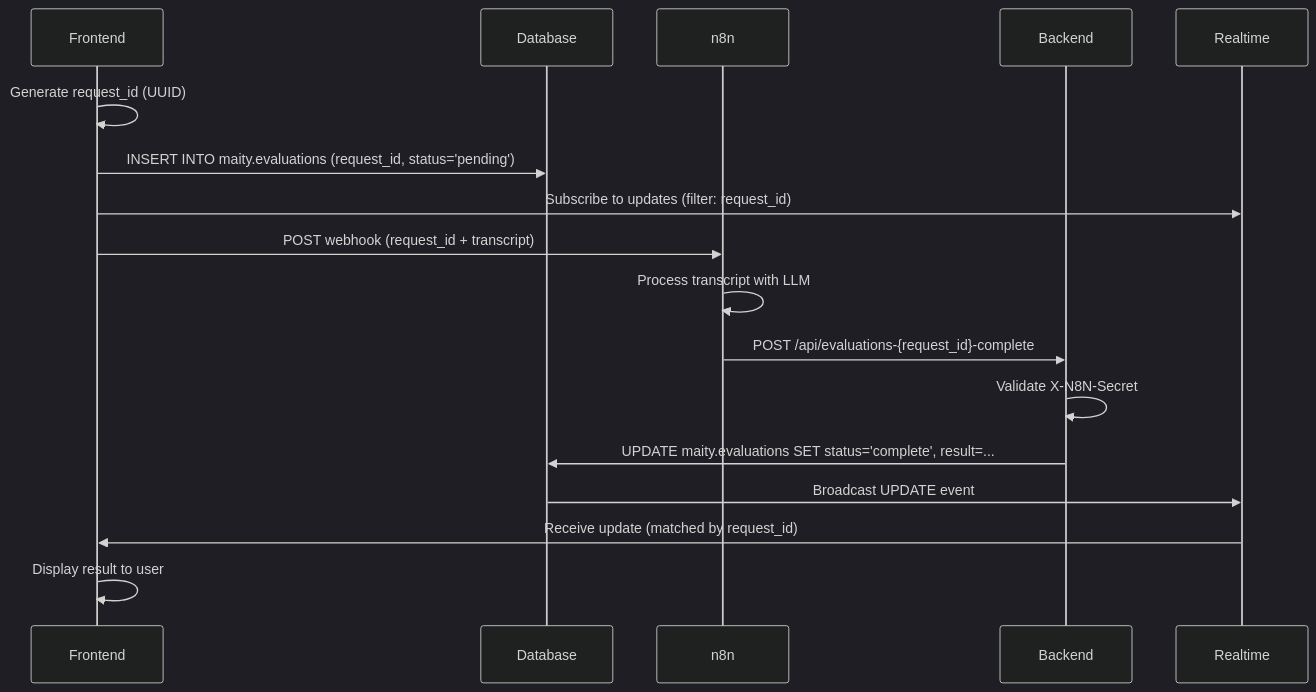
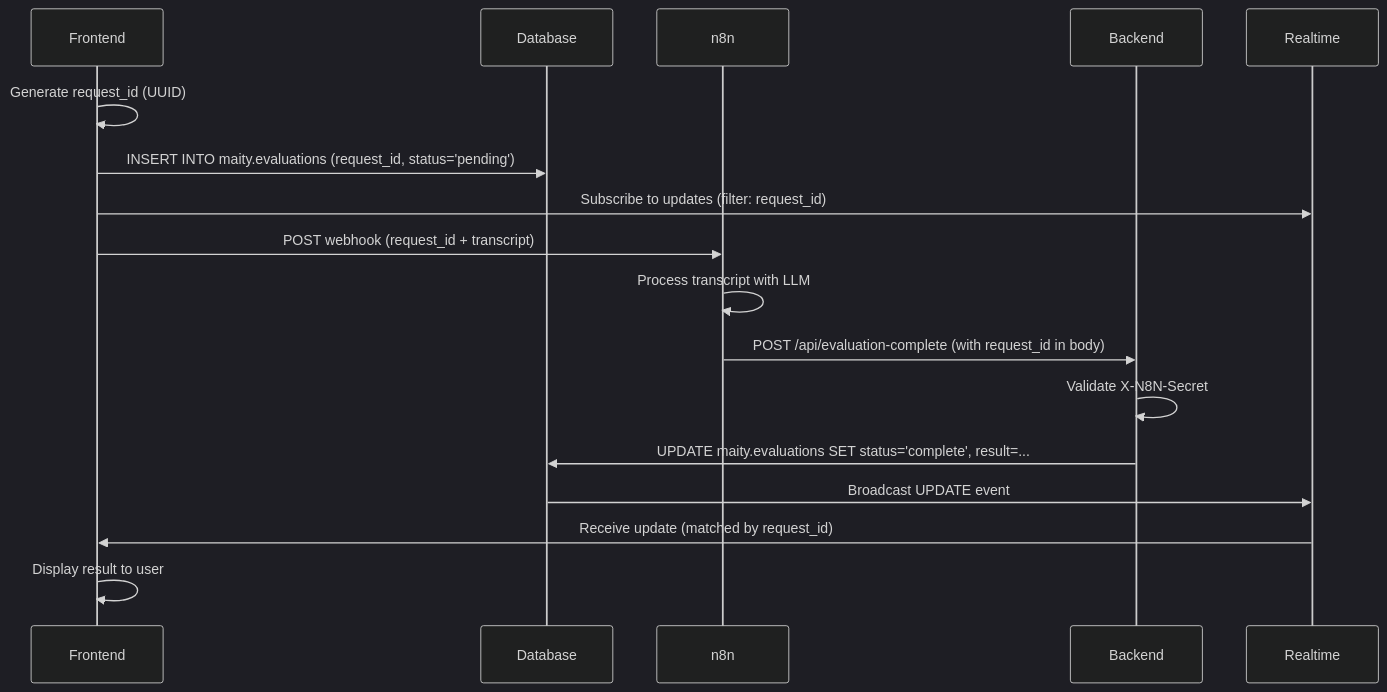
The first of 2 diagrams in docs/n8n-evaluation-integration.md (Sixale730/maity), drawn with Mermaid (dark theme) before and after one commit. The commit also changed other lines of this file and 3 other files, not shown here.

````diff
--- a/docs/n8n-evaluation-integration.md
+++ b/docs/n8n-evaluation-integration.md
@@ -397,20 +401,20 @@
 ```mermaid
 sequenceDiagram
     participant Frontend
     participant Database
     participant n8n
     participant Backend
     participant Realtime
 
     Frontend->>Frontend: Generate request_id (UUID)
     Frontend->>Database: INSERT INTO maity.evaluations (request_id, status='pending')
     Frontend->>Realtime: Subscribe to updates (filter: request_id)
     Frontend->>n8n: POST webhook (request_id + transcript)
     n8n->>n8n: Process transcript with LLM
-    n8n->>Backend: POST /api/evaluations-{request_id}-complete
+    n8n->>Backend: POST /api/evaluation-complete (with request_id in body)
     Backend->>Backend: Validate X-N8N-Secret
     Backend->>Database: UPDATE maity.evaluations SET status='complete', result=...
     Database->>Realtime: Broadcast UPDATE event
     Realtime->>Frontend: Receive update (matched by request_id)
     Frontend->>Frontend: Display result to user
 ```
````
